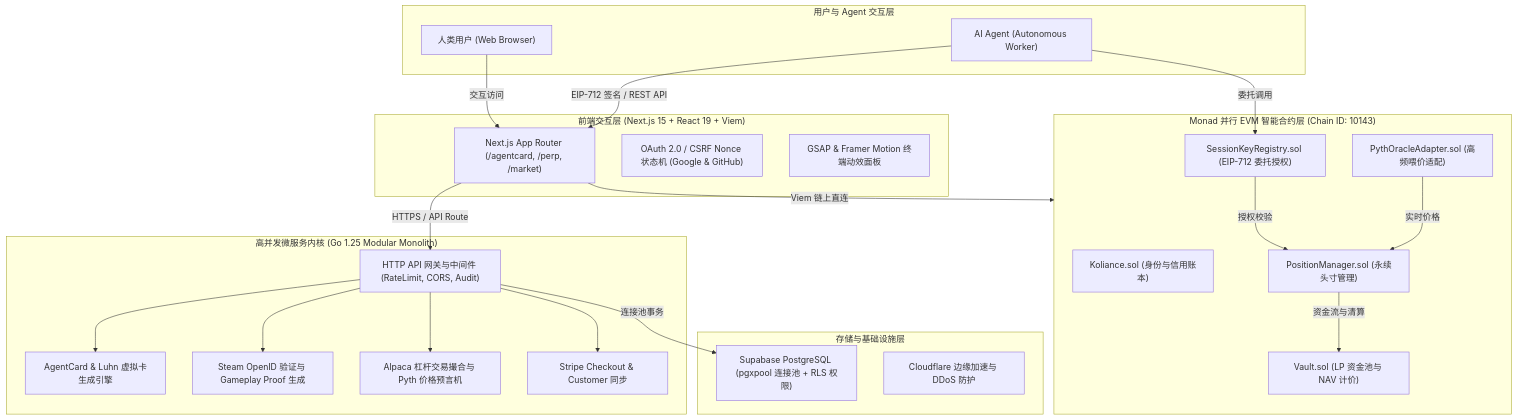
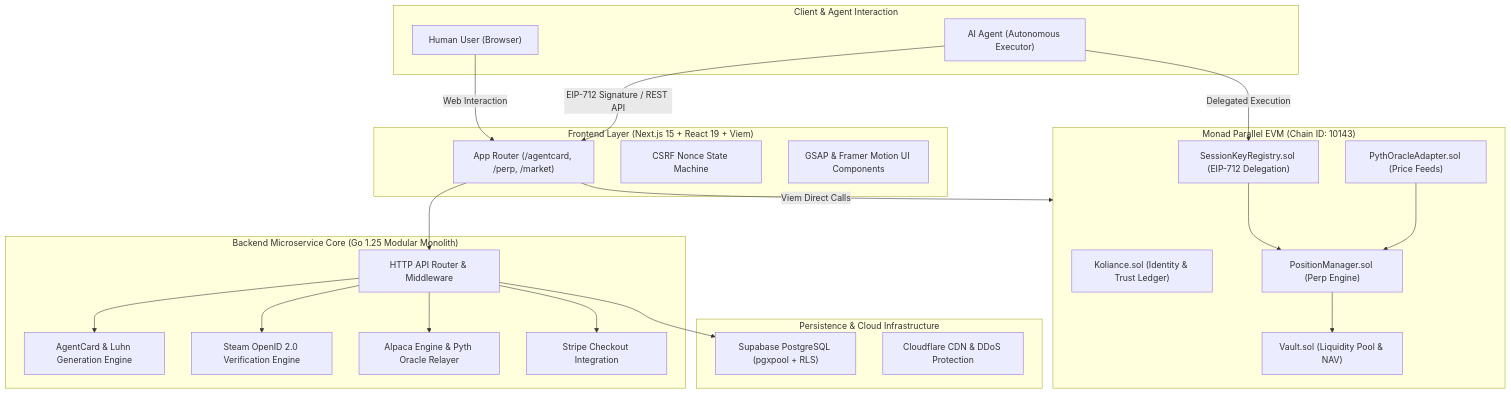
One commit to NeutrinoGroup/koliance changed the diagram in README.md. Above: the diagram before and after it, drawn with Mermaid. The commit also changed other lines of this file, not shown here.

````diff
--- a/README.md
+++ b/README.md
@@ -50,48 +51,48 @@
 ```mermaid
 flowchart TB
-    subgraph ClientLayer ["用户与 Agent 交互层"]
-        User["人类用户 (Web Browser)"]
-        AIAgent["AI Agent (Autonomous Worker)"]
+    subgraph ClientLayer ["Client & Agent Interaction"]
+        User["Human User (Browser)"]
+        AIAgent["AI Agent (Autonomous Executor)"]
     end
 
-    subgraph FrontendApp ["前端交互层 (Next.js 15 + React 19 + Viem)"]
-        AppRouter["Next.js App Router (/agentcard, /perp, /market)"]
-        AuthModule["OAuth 2.0 / CSRF Nonce 状态机 (Google & GitHub)"]
-        UIWidgets["GSAP & Framer Motion 终端动效面板"]
+    subgraph FrontendApp ["Frontend Layer (Next.js 15 + React 19 + Viem)"]
+        AppRouter["App Router (/agentcard, /perp, /market)"]
+        OAuthSecurity["CSRF Nonce State Machine"]
+        UIWidgets["GSAP & Framer Motion UI Components"]
     end
 
-    subgraph BackendCore ["高并发微服务内核 (Go 1.25 Modular Monolith)"]
-        APIRouter["HTTP API 网关与中间件 (RateLimit, CORS, Audit)"]
-        CardService["AgentCard & Luhn 虚拟卡生成引擎"]
-        GameService["Steam OpenID 验证与 Gameplay Proof 生成"]
-        MarketService["Alpaca 杠杆交易撮合与 Pyth 价格预言机"]
-        StripeService["Stripe Checkout & Customer 同步"]
+    subgraph BackendCore ["Backend Microservice Core (Go 1.25 Modular Monolith)"]
+        Router["HTTP API Router & Middleware"]
+        CardService["AgentCard & Luhn Generation Engine"]
+        GameService["Steam OpenID 2.0 Verification Engine"]
+        MarketService["Alpaca Engine & Pyth Oracle Relayer"]
+        StripeService["Stripe Checkout Integration"]
     end
 
-    subgraph PersistenceLayer ["存储与基础设施层"]
-        Supabase["Supabase PostgreSQL (pgxpool 连接池 + RLS 权限)"]
-        Cloudflare["Cloudflare 边缘加速与 DDoS 防护"]
+    subgraph PersistenceLayer ["Persistence & Cloud Infrastructure"]
+        PostgreSQL["Supabase PostgreSQL (pgxpool + RLS)"]
+        EdgeProxy["Cloudflare CDN & DDoS Protection"]
     end
 
-    subgraph OnChainLayer ["Monad 并行 EVM 智能合约层 (Chain ID: 10143)"]
-        KolianceContract["Koliance.sol (身份与信用账本)"]
-        SessionRegistry["SessionKeyRegistry.sol (EIP-712 委托授权)"]
-        PositionMgr["PositionManager.sol (永续头寸管理)"]
-        VaultContract["Vault.sol (LP 资金池与 NAV 计价)"]
-        PythAdapter["PythOracleAdapter.sol (高频喂价适配)"]
+    subgraph OnChainLayer ["Monad Parallel EVM (Chain ID: 10143)"]
+        KolianceContract["Koliance.sol (Identity & Trust Ledger)"]
+        SessionRegistry["SessionKeyRegistry.sol (EIP-712 Delegation)"]
+        PositionManager["PositionManager.sol (Perp Engine)"]
+        VaultContract["Vault.sol (Liquidity Pool & NAV)"]
+        PythAdapter["PythOracleAdapter.sol (Price Feeds)"]
     end
 
-    User -->|交互访问| AppRouter
-    AIAgent -->|EIP-712 签名 / REST API| AppRouter
-    AIAgent -->|委托调用| SessionRegistry
-    AppRouter -->|HTTPS / API Route| APIRouter
-    AppRouter -->|Viem 链上直连| OnChainLayer
-    APIRouter --> CardService
-    APIRouter --> GameService
-    APIRouter --> MarketService
-    APIRouter --> StripeService
-    APIRouter -->|连接池事务| Supabase
-    SessionRegistry -->|授权校验| PositionMgr
-    PositionMgr -->|资金流与清算| VaultContract
-    PythAdapter -->|实时价格| PositionMgr
+    User -->|Web Interaction| AppRouter
+    AIAgent -->|EIP-712 Signature / REST API| AppRouter
+    AIAgent -->|Delegated Execution| SessionRegistry
+    AppRouter --> Router
+    AppRouter -->|Viem Direct Calls| OnChainLayer
+    Router --> CardService
+    Router --> GameService
+    Router --> MarketService
+    Router --> StripeService
+    Router --> PostgreSQL
+    SessionRegistry --> PositionManager
+    PositionManager --> VaultContract
+    PythAdapter --> PositionManager
 ```
````
